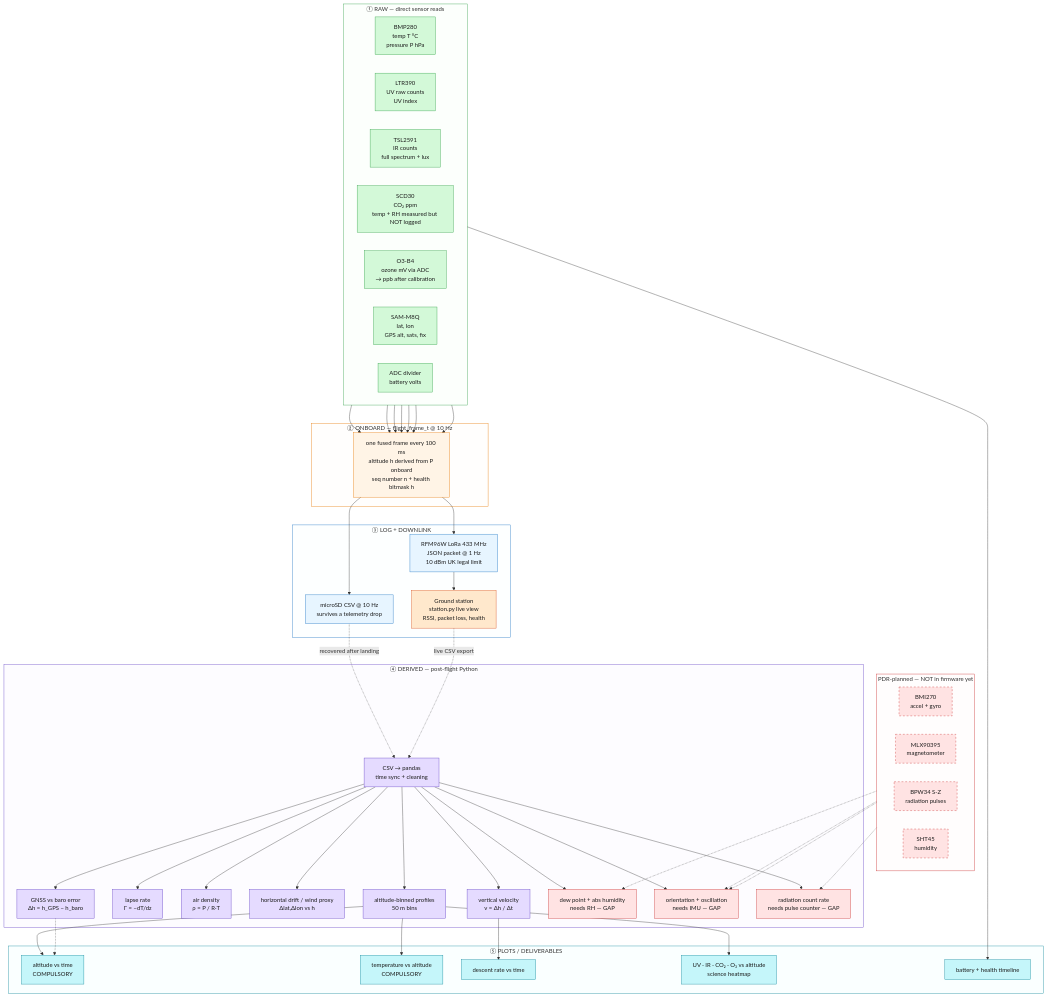
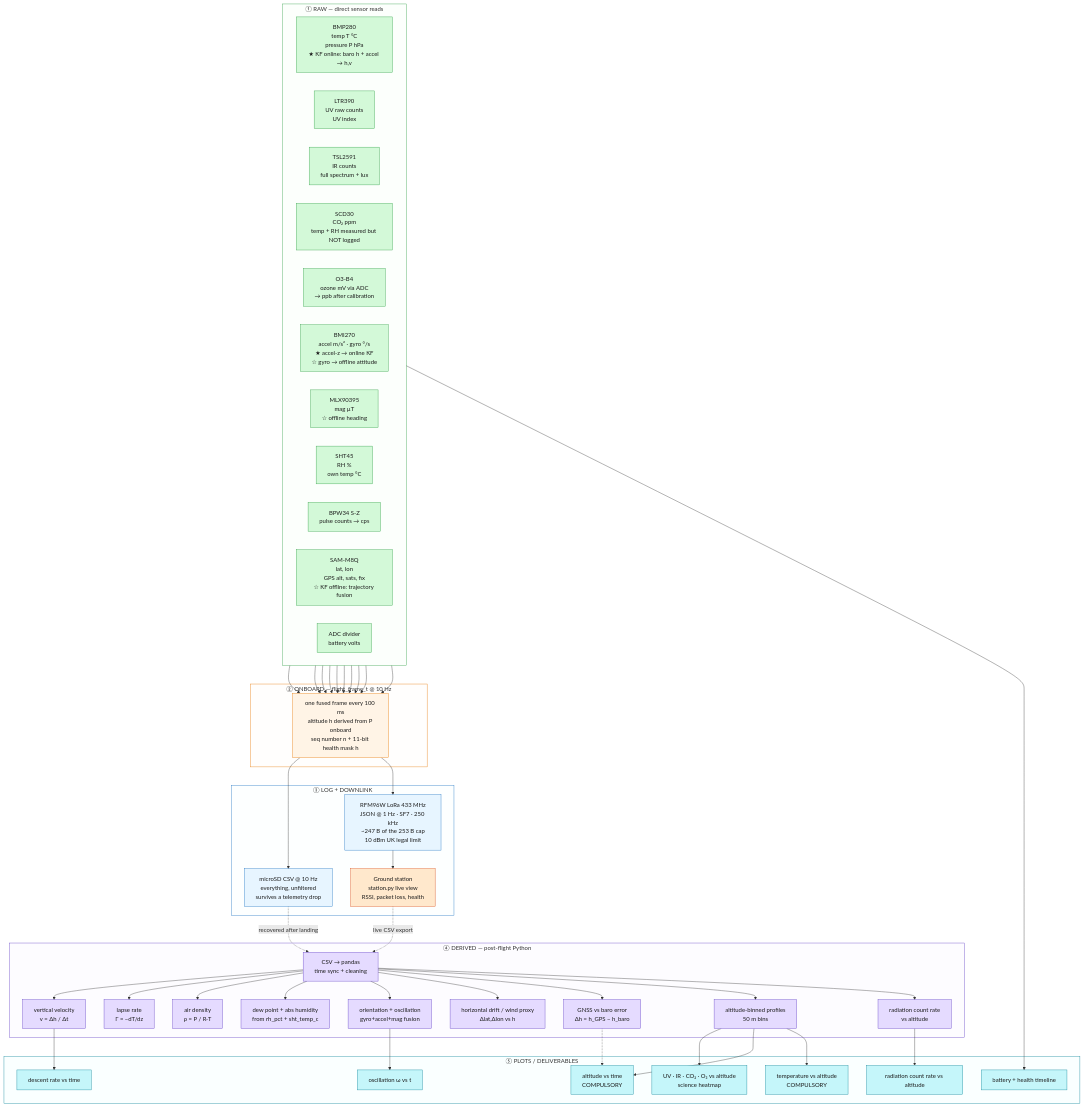
Before and after one commit to Phyeory/cansat-firmware: the diagram in docs/DATA-PIPELINE.md, drawn with Mermaid. The commit also changed other lines of this file and 7 other files, not shown here.

````diff
--- a/docs/DATA-PIPELINE.md
+++ b/docs/DATA-PIPELINE.md
@@ -24,24 +14,28 @@
     %% ================= RAW SENSORS =================
     subgraph raw["① RAW — direct sensor reads"]
         direction LR
-        BMP["BMP280<br/>temp T °C<br/>pressure P hPa"]
+        BMP["BMP280<br/>temp T °C<br/>pressure P hPa<br/>★ KF online: baro h + accel → h,v"]
         LTR["LTR390<br/>UV raw counts<br/>UV index"]
         TSL["TSL2591<br/>IR counts<br/>full spectrum + lux"]
         SCD["SCD30<br/>CO₂ ppm<br/>temp + RH measured but NOT logged"]
         O3["O3-B4<br/>ozone mV via ADC<br/>→ ppb after calibration"]
-        GPS["SAM-M8Q<br/>lat, lon<br/>GPS alt, sats, fix"]
+        BMI["BMI270<br/>accel m/s² · gyro °/s<br/>★ accel-z → online KF<br/>☆ gyro → offline attitude"]
+        MLX["MLX90395<br/>mag µT<br/>☆ offline heading"]
+        SHT["SHT45<br/>RH %<br/>own temp °C"]
+        RAD["BPW34 S-Z<br/>pulse counts → cps"]
+        GPS["SAM-M8Q<br/>lat, lon<br/>GPS alt, sats, fix<br/>☆ KF offline: trajectory fusion"]
         BAT["ADC divider<br/>battery volts"]
     end
 
     %% ================= ONBOARD FUSION =================
     subgraph frame["② ONBOARD — flight_frame_t @ 10 Hz"]
-        FUS["one fused frame every 100 ms<br/>altitude h derived from P onboard<br/>seq number n + health bitmask h"]
+        FUS["one fused frame every 100 ms<br/>altitude h derived from P onboard<br/>seq number n + 11-bit health mask h"]
     end
 
     %% ================= LOG + DOWNLINK =================
     subgraph store["③ LOG + DOWNLINK"]
-        SD["microSD CSV @ 10 Hz<br/>survives a telemetry drop"]
-        LORA["RFM96W LoRa 433 MHz<br/>JSON packet @ 1 Hz<br/>10 dBm UK legal limit"]
+        SD["microSD CSV @ 10 Hz<br/>everything, unfiltered<br/>survives a telemetry drop"]
+        LORA["RFM96W LoRa 433 MHz<br/>JSON @ 1 Hz · SF7 · 250 kHz<br/>~247 B of the 253 B cap<br/>10 dBm UK legal limit"]
         GS["Ground station<br/>station.py live view<br/>RSSI, packet loss, health"]
     end
 
@@ -51,12 +45,12 @@
         V["vertical velocity<br/>v = Δh / Δt"]
         LAP["lapse rate<br/>Γ = −dT/dz"]
         DEN["air density<br/>ρ = P / R·T"]
+        HUM["dew point + abs humidity<br/>from rh_pct + sht_temp_c"]
+        ATT["orientation + oscillation<br/>gyro+accel+mag fusion"]
         WIND["horizontal drift / wind proxy<br/>Δlat,Δlon vs h"]
         ERR["GNSS vs baro error<br/>Δh = h_GPS − h_baro"]
         BIN["altitude-binned profiles<br/>50 m bins"]
-        GAP1["dew point + abs humidity<br/>needs RH — GAP"]
-        GAP2["orientation + oscillation<br/>needs IMU — GAP"]
-        GAP3["radiation count rate<br/>needs pulse counter — GAP"]
+        RADC["radiation count rate<br/>vs altitude"]
     end
 
     %% ================= PLOTS =================
@@ -66,15 +60,8 @@
         P3["descent rate vs time"]
         P4["UV · IR · CO₂ · O₃ vs altitude<br/>science heatmap"]
         P5["battery + health timeline"]
-    end
-
-    %% ================= PDR-PLANNED, NOT IN FIRMWARE =================
-    subgraph future["PDR-planned — NOT in firmware yet"]
-        direction LR
-        IMU["BMI270<br/>accel + gyro"]
-        MAG["MLX90395<br/>magnetometer"]
-        RAD["BPW34 S-Z<br/>radiation pulses"]
-        HUM["SHT45<br/>humidity"]
+        P6["oscillation ω vs t"]
+        P7["radiation count rate vs altitude"]
     end
 
     %% ===== edges =====
@@ -83,6 +70,9 @@
     TSL --> FUS
     SCD --> FUS
     O3 --> FUS
+    BMI --> FUS
+    MLX --> FUS
+    SHT --> FUS
     GPS --> FUS
     BAT --> FUS
 
@@ -96,12 +86,12 @@
     PY --> V
     PY --> LAP
     PY --> DEN
+    PY --> HUM
+    PY --> ATT
     PY --> WIND
     PY --> ERR
     PY --> BIN
-    PY --> GAP1
-    PY --> GAP2
-    PY --> GAP3
+    PY --> RADC
 
     V --> P3
     BIN --> P4
@@ -109,11 +99,8 @@
     BIN --> P2
     ERR -.-> P1
     BAT --> P5
-
-    IMU -.-> GAP2
-    MAG -.-> GAP2
-    RAD -.-> GAP3
-    HUM -.-> GAP1
+    ATT --> P6
+    RADC --> P7
 
     %% ===== styling =====
     classDef rawN fill:#d3f9d8,stroke:#2f9e44,color:#1b1b1b
@@ -122,22 +109,17 @@
     classDef groundN fill:#ffe8cc,stroke:#d9480f,color:#1b1b1b
     classDef derN fill:#e5dbff,stroke:#5f3dc4,color:#1b1b1b
     classDef plotN fill:#c5f6fa,stroke:#0c8599,color:#1b1b1b
-    classDef gapN fill:#ffe3e3,stroke:#c92a2a,color:#1b1b1b
-    classDef futN fill:#ffe3e3,stroke:#c92a2a,color:#1b1b1b,stroke-dasharray:5 5
 
-    class BMP,LTR,TSL,SCD,O3,GPS,BAT rawN
+    class BMP,LTR,TSL,SCD,O3,BMI,MLX,SHT,RAD,GPS,BAT rawN
     class FUS frameN
     class SD,LORA storeN
     class GS groundN
-    class PY,V,LAP,DEN,WIND,ERR,BIN derN
-    class GAP1,GAP2,GAP3 gapN
-    class P1,P2,P3,P4,P5 plotN
-    class IMU,MAG,RAD,HUM futN
+    class PY,V,LAP,DEN,HUM,ATT,WIND,ERR,BIN,RADC derN
+    class P1,P2,P3,P4,P5,P6,P7 plotN
 
     style raw fill:#d3f9d815,stroke:#2f9e44
     style frame fill:#fff4e615,stroke:#e67700
     style store fill:#e7f5ff15,stroke:#1971c2
     style derived fill:#e5dbff15,stroke:#5f3dc4
     style plots fill:#c5f6fa15,stroke:#0c8599
-    style future fill:#ffe3e315,stroke:#c92a2a
 ```
````
